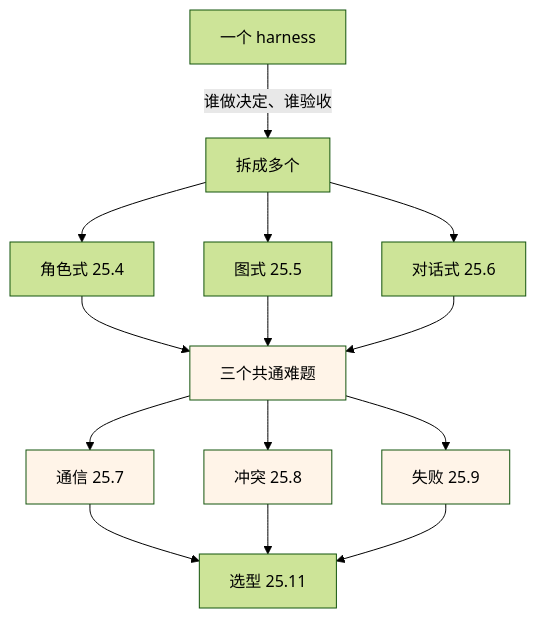
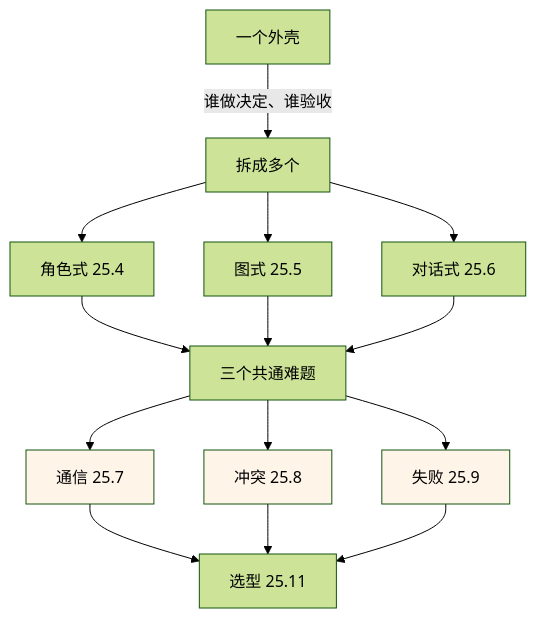
The first of 3 diagrams in part-5-agent功能实现/ch25-多Agent协作.md (Laughingtt/agentkit), drawn with Mermaid (forest theme) before and after one commit. The commit also changed other lines of this file and 2 other files, not shown here.

First line of the commit message:
Ch23-25: ReAct 引成了 Ch13（实为 Ch12）；23.8 的图是左右向却写成上下；24.4 说三个洞图上只画两个；24.2 说 Q1 被丢但代码保它；25 导览图橙色是四块

````diff
--- a/part-5-agent功能实现/ch25-多Agent协作.md
+++ b/part-5-agent功能实现/ch25-多Agent协作.md
@@ -24,20 +24,19 @@
 ```mermaid
 graph TD
-    A[一个 harness] -->|谁做决定、谁验收| B[拆成多个]
+    A[一个外壳] -->|谁做决定、谁验收| B[拆成多个]
     B --> C1[角色式 25.4]
     B --> C2[图式 25.5]
     B --> C3[对话式 25.6]
     C1 --> E[三个共通难题]
     C2 --> E
     C3 --> E
     E --> F1[通信 25.7]
     E --> F2[冲突 25.8]
     E --> F3[失败 25.9]
     F1 --> G[选型 25.11]
     F2 --> G
     F3 --> G
-    style E fill:#fff4e8
     style F1 fill:#fff4e8
     style F2 fill:#fff4e8
     style F3 fill:#fff4e8
 ```
````
